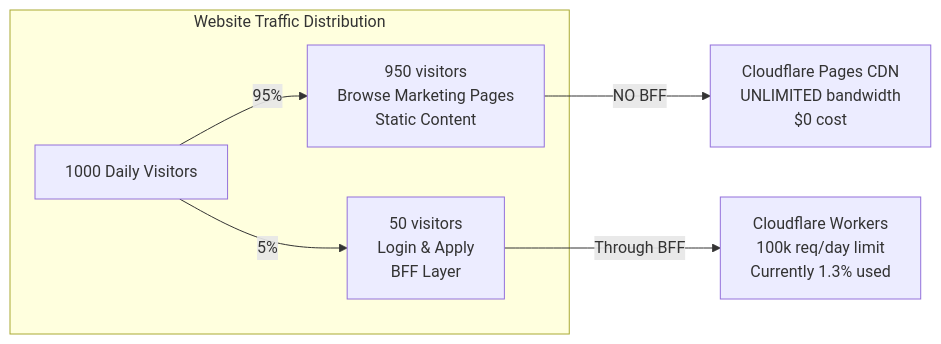
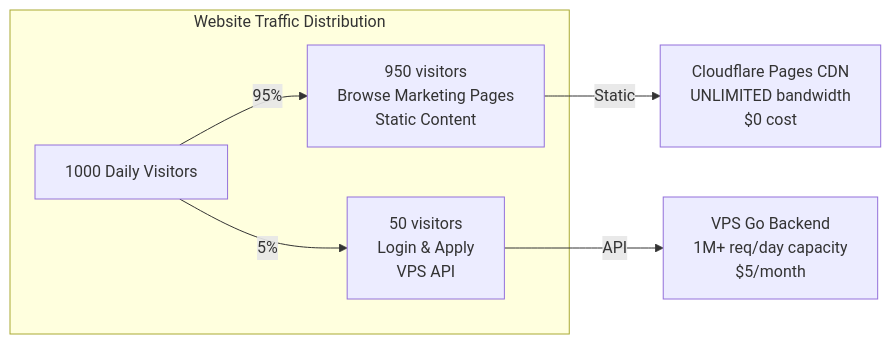
Before and after one commit to idtazkia/website-stmik: the ninth of 11 diagrams in docs/ARCHITECTURE.md, drawn with Mermaid. The commit also changed other lines of this file and 3 other files, not shown here.

First line of the commit message:
Update architecture to use VPS with Go and PostgreSQL

````diff
--- a/docs/ARCHITECTURE.md
+++ b/docs/ARCHITECTURE.md
@@ -559,11 +557,11 @@
 ```mermaid
 graph LR
     subgraph "Website Traffic Distribution"
         A[1000 Daily Visitors]
         A -->|95%| B[950 visitors<br/>Browse Marketing Pages<br/>Static Content]
-        A -->|5%| C[50 visitors<br/>Login & Apply<br/>BFF Layer]
+        A -->|5%| C[50 visitors<br/>Login & Apply<br/>VPS API]
     end
 
-    B -->|NO BFF| D[Cloudflare Pages CDN<br/>UNLIMITED bandwidth<br/>$0 cost]
-    C -->|Through BFF| E[Cloudflare Workers<br/>100k req/day limit<br/>Currently 1.3% used]
+    B -->|Static| D[Cloudflare Pages CDN<br/>UNLIMITED bandwidth<br/>$0 cost]
+    C -->|API| E[VPS Go Backend<br/>1M+ req/day capacity<br/>$5/month]
 ```
````
